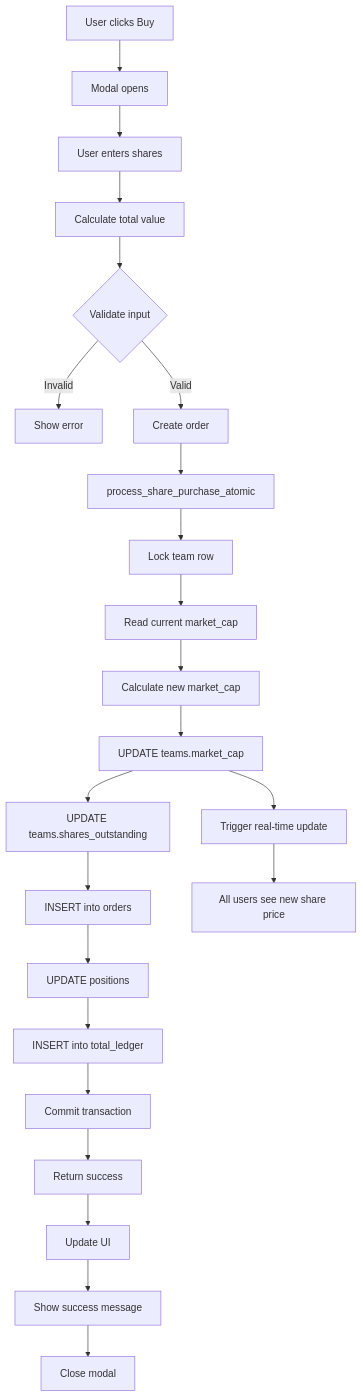
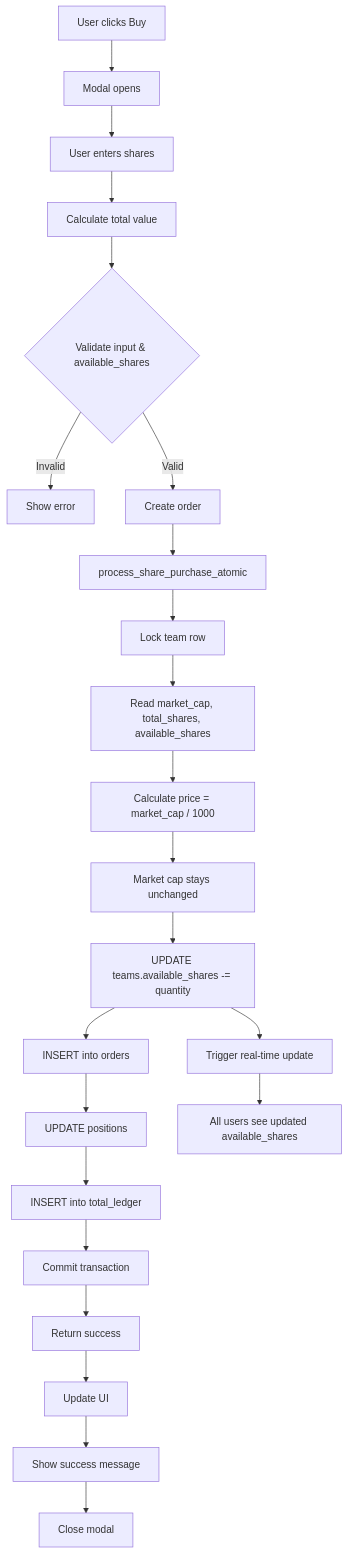
One commit to oasis-digital-ae/ACE-MVP changed the seventh of 8 diagrams in DATA_FLOW_DIAGRAMS.md. Above: the diagram before and after it, drawn with Mermaid. The commit also changed other lines of this file and 48 other files, not shown here.

````diff
--- a/DATA_FLOW_DIAGRAMS.md
+++ b/DATA_FLOW_DIAGRAMS.md
@@ -302,26 +308,26 @@
 ```mermaid
 flowchart TD
     A[User clicks Buy] --> B[Modal opens]
     B --> C[User enters shares]
     C --> D[Calculate total value]
-    D --> E{Validate input}
+    D --> E{Validate input & available_shares}
     E -->|Invalid| F[Show error]
     E -->|Valid| G[Create order]
     G --> H[process_share_purchase_atomic]
     H --> I[Lock team row]
-    I --> J[Read current market_cap]
-    J --> K[Calculate new market_cap]
-    K --> L[UPDATE teams.market_cap]
-    L --> M[UPDATE teams.shares_outstanding]
+    I --> J[Read market_cap, total_shares, available_shares]
+    J --> K[Calculate price = market_cap / 1000]
+    K --> L[Market cap stays unchanged]
+    L --> M[UPDATE teams.available_shares -= quantity]
     M --> N[INSERT into orders]
     N --> O[UPDATE positions]
     O --> P[INSERT into total_ledger]
     P --> Q[Commit transaction]
     Q --> R[Return success]
     R --> S[Update UI]
     S --> T[Show success message]
     T --> U[Close modal]
     
-    L --> V[Trigger real-time update]
-    V --> W[All users see new share price]
+    M --> V[Trigger real-time update]
+    V --> W[All users see updated available_shares]
 ```
````
